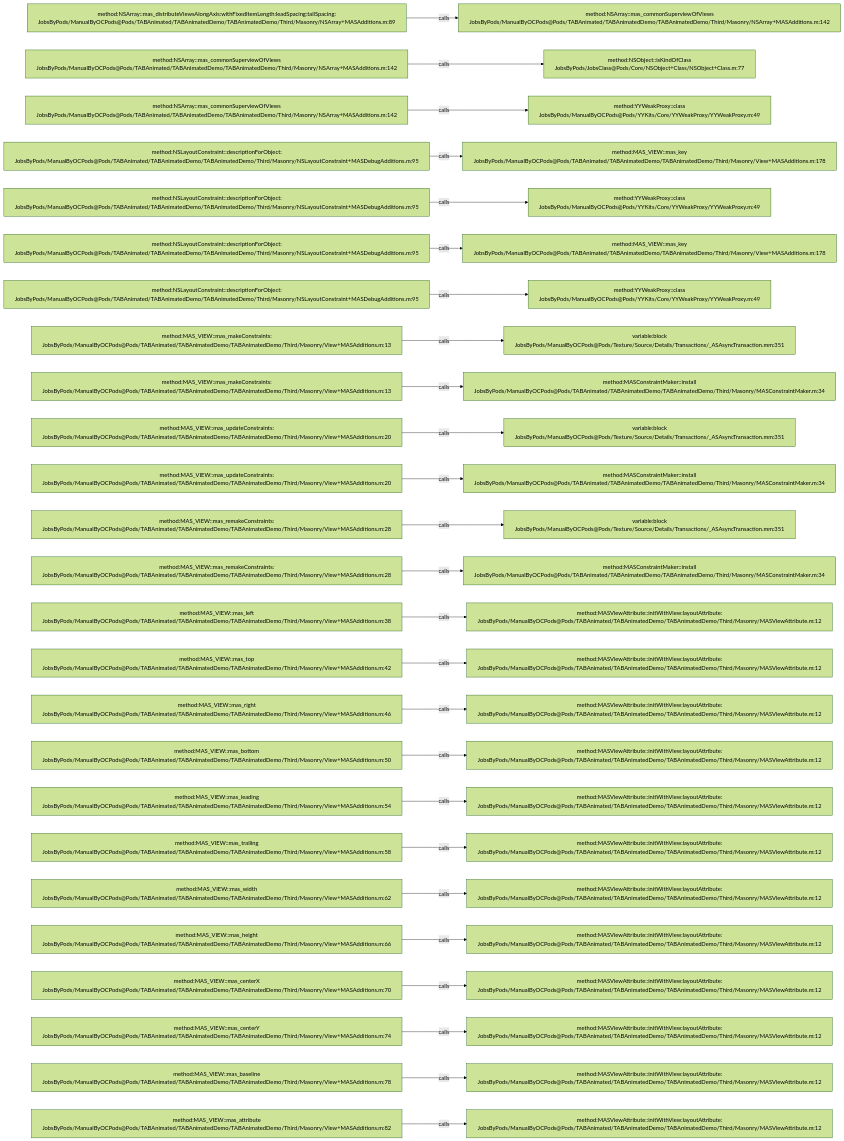
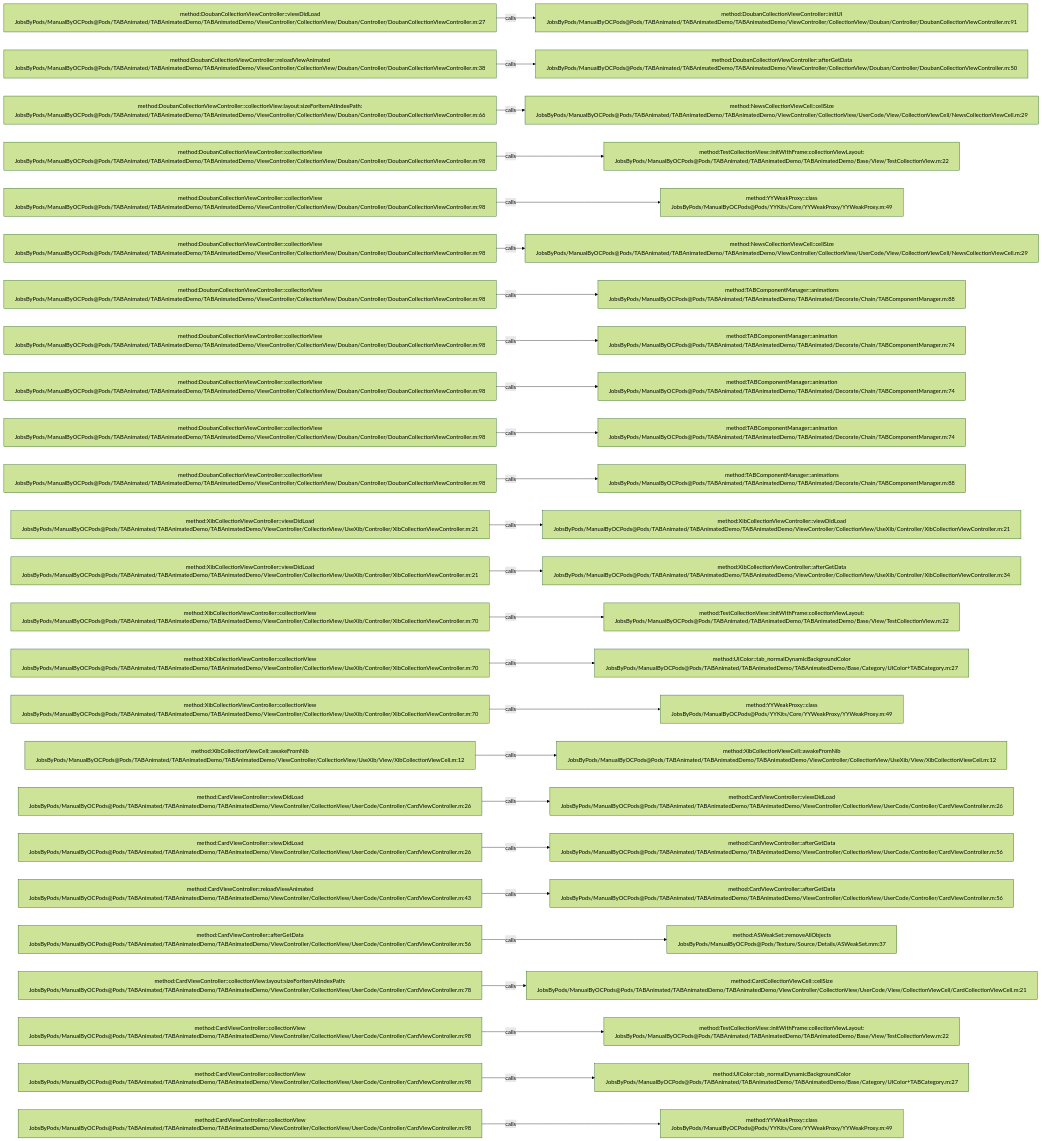
The diagram in .codegraph/codegraph.md/graphs/calls-047.md (JobsKits/JobsOCBaseConfigDemo), drawn with Mermaid (forest theme) before and after one commit. The commit also changed 1353 other files, not shown here.

````diff
--- a/.codegraph/codegraph.md/graphs/calls-047.md
+++ b/.codegraph/codegraph.md/graphs/calls-047.md
@@ -13,78 +13,78 @@
 ```mermaid
 flowchart LR
-  S1["method:NSArray::mas_distributeViewsAlongAxis:withFixedItemLength:leadSpacing:tailSpacing:<br/>JobsByPods/ManualByOCPods@Pods/TABAnimated/TABAnimatedDemo/TABAnimatedDemo/Third/Masonry/NSArray+MASAdditions.m:89"]
-  T1["method:NSArray::mas_commonSuperviewOfViews<br/>JobsByPods/ManualByOCPods@Pods/TABAnimated/TABAnimatedDemo/TABAnimatedDemo/Third/Masonry/NSArray+MASAdditions.m:142"]
+  S1["method:DoubanCollectionViewController::viewDidLoad<br/>JobsByPods/ManualByOCPods@Pods/TABAnimated/TABAnimatedDemo/TABAnimatedDemo/ViewController/CollectionView/Douban/Controller/DoubanCollectionViewController.m:27"]
+  T1["method:DoubanCollectionViewController::initUI<br/>JobsByPods/ManualByOCPods@Pods/TABAnimated/TABAnimatedDemo/TABAnimatedDemo/ViewController/CollectionView/Douban/Controller/DoubanCollectionViewController.m:91"]
   S1 -->|calls| T1
-  S2["method:NSArray::mas_commonSuperviewOfViews<br/>JobsByPods/ManualByOCPods@Pods/TABAnimated/TABAnimatedDemo/TABAnimatedDemo/Third/Masonry/NSArray+MASAdditions.m:142"]
-  T2["method:NSObject::isKindOfClass<br/>JobsByPods/JobsClass@Pods/Core/NSObject+Class/NSObject+Class.m:77"]
+  S2["method:DoubanCollectionViewController::reloadViewAnimated<br/>JobsByPods/ManualByOCPods@Pods/TABAnimated/TABAnimatedDemo/TABAnimatedDemo/ViewController/CollectionView/Douban/Controller/DoubanCollectionViewController.m:38"]
+  T2["method:DoubanCollectionViewController::afterGetData<br/>JobsByPods/ManualByOCPods@Pods/TABAnimated/TABAnimatedDemo/TABAnimatedDemo/ViewController/CollectionView/Douban/Controller/DoubanCollectionViewController.m:50"]
   S2 -->|calls| T2
-  S3["method:NSArray::mas_commonSuperviewOfViews<br/>JobsByPods/ManualByOCPods@Pods/TABAnimated/TABAnimatedDemo/TABAnimatedDemo/Third/Masonry/NSArray+MASAdditions.m:142"]
-  T3["method:YYWeakProxy::class<br/>JobsByPods/ManualByOCPods@Pods/YYKits/Core/YYWeakProxy/YYWeakProxy.m:49"]
+  S3["method:DoubanCollectionViewController::collectionView:layout:sizeForItemAtIndexPath:<br/>JobsByPods/ManualByOCPods@Pods/TABAnimated/TABAnimatedDemo/TABAnimatedDemo/ViewController/CollectionView/Douban/Controller/DoubanCollectionViewController.m:66"]
+  T3["method:NewsCollectionViewCell::cellSize<br/>JobsByPods/ManualByOCPods@Pods/TABAnimated/TABAnimatedDemo/TABAnimatedDemo/ViewController/CollectionView/UserCode/View/CollectionViewCell/NewsCollectionViewCell.m:29"]
   S3 -->|calls| T3
-  S4["method:NSLayoutConstraint::descriptionForObject:<br/>JobsByPods/ManualByOCPods@Pods/TABAnimated/TABAnimatedDemo/TABAnimatedDemo/Third/Masonry/NSLayoutConstraint+MASDebugAdditions.m:95"]
-  T4["method:MAS_VIEW::mas_key<br/>JobsByPods/ManualByOCPods@Pods/TABAnimated/TABAnimatedDemo/TABAnimatedDemo/Third/Masonry/View+MASAdditions.m:178"]
+  S4["method:DoubanCollectionViewController::collectionView<br/>JobsByPods/ManualByOCPods@Pods/TABAnimated/TABAnimatedDemo/TABAnimatedDemo/ViewController/CollectionView/Douban/Controller/DoubanCollectionViewController.m:98"]
+  T4["method:TestCollectionView::initWithFrame:collectionViewLayout:<br/>JobsByPods/ManualByOCPods@Pods/TABAnimated/TABAnimatedDemo/TABAnimatedDemo/Base/View/TestCollectionView.m:22"]
   S4 -->|calls| T4
-  S5["method:NSLayoutConstraint::descriptionForObject:<br/>JobsByPods/ManualByOCPods@Pods/TABAnimated/TABAnimatedDemo/TABAnimatedDemo/Third/Masonry/NSLayoutConstraint+MASDebugAdditions.m:95"]
+  S5["method:DoubanCollectionViewController::collectionView<br/>JobsByPods/ManualByOCPods@Pods/TABAnimated/TABAnimatedDemo/TABAnimatedDemo/ViewController/CollectionView/Douban/Controller/DoubanCollectionViewController.m:98"]
   T5["method:YYWeakProxy::class<br/>JobsByPods/ManualByOCPods@Pods/YYKits/Core/YYWeakProxy/YYWeakProxy.m:49"]
   S5 -->|calls| T5
-  S6["method:NSLayoutConstraint::descriptionForObject:<br/>JobsByPods/ManualByOCPods@Pods/TABAnimated/TABAnimatedDemo/TABAnimatedDemo/Third/Masonry/NSLayoutConstraint+MASDebugAdditions.m:95"]
-  T6["method:MAS_VIEW::mas_key<br/>JobsByPods/ManualByOCPods@Pods/TABAnimated/TABAnimatedDemo/TABAnimatedDemo/Third/Masonry/View+MASAdditions.m:178"]
+  S6["method:DoubanCollectionViewController::collectionView<br/>JobsByPods/ManualByOCPods@Pods/TABAnimated/TABAnimatedDemo/TABAnimatedDemo/ViewController/CollectionView/Douban/Controller/DoubanCollectionViewController.m:98"]
+  T6["method:NewsCollectionViewCell::cellSize<br/>JobsByPods/ManualByOCPods@Pods/TABAnimated/TABAnimatedDemo/TABAnimatedDemo/ViewController/CollectionView/UserCode/View/CollectionViewCell/NewsCollectionViewCell.m:29"]
   S6 -->|calls| T6
-  S7["method:NSLayoutConstraint::descriptionForObject:<br/>JobsByPods/ManualByOCPods@Pods/TABAnimated/TABAnimatedDemo/TABAnimatedDemo/Third/Masonry/NSLayoutConstraint+MASDebugAdditions.m:95"]
-  T7["method:YYWeakProxy::class<br/>JobsByPods/ManualByOCPods@Pods/YYKits/Core/YYWeakProxy/YYWeakProxy.m:49"]
+  S7["method:DoubanCollectionViewController::collectionView<br/>JobsByPods/ManualByOCPods@Pods/TABAnimated/TABAnimatedDemo/TABAnimatedDemo/ViewController/CollectionView/Douban/Controller/DoubanCollectionViewController.m:98"]
+  T7["method:TABComponentManager::animations<br/>JobsByPods/ManualByOCPods@Pods/TABAnimated/TABAnimatedDemo/TABAnimated/Decorate/Chain/TABComponentManager.m:88"]
   S7 -->|calls| T7
-  S8["method:MAS_VIEW::mas_makeConstraints:<br/>JobsByPods/ManualByOCPods@Pods/TABAnimated/TABAnimatedDemo/TABAnimatedDemo/Third/Masonry/View+MASAdditions.m:13"]
-  T8["variable:block<br/>JobsByPods/ManualByOCPods@Pods/Texture/Source/Details/Transactions/_ASAsyncTransaction.mm:351"]
+  S8["method:DoubanCollectionViewController::collectionView<br/>JobsByPods/ManualByOCPods@Pods/TABAnimated/TABAnimatedDemo/TABAnimatedDemo/ViewController/CollectionView/Douban/Controller/DoubanCollectionViewController.m:98"]
+  T8["method:TABComponentManager::animation<br/>JobsByPods/ManualByOCPods@Pods/TABAnimated/TABAnimatedDemo/TABAnimated/Decorate/Chain/TABComponentManager.m:74"]
   S8 -->|calls| T8
-  S9["method:MAS_VIEW::mas_makeConstraints:<br/>JobsByPods/ManualByOCPods@Pods/TABAnimated/TABAnimatedDemo/TABAnimatedDemo/Third/Masonry/View+MASAdditions.m:13"]
-  T9["method:MASConstraintMaker::install<br/>JobsByPods/ManualByOCPods@Pods/TABAnimated/TABAnimatedDemo/TABAnimatedDemo/Third/Masonry/MASConstraintMaker.m:34"]
+  S9["method:DoubanCollectionViewController::collectionView<br/>JobsByPods/ManualByOCPods@Pods/TABAnimated/TABAnimatedDemo/TABAnimatedDemo/ViewController/CollectionView/Douban/Controller/DoubanCollectionViewController.m:98"]
+  T9["method:TABComponentManager::animation<br/>JobsByPods/ManualByOCPods@Pods/TABAnimated/TABAnimatedDemo/TABAnimated/Decorate/Chain/TABComponentManager.m:74"]
   S9 -->|calls| T9
-  S10["method:MAS_VIEW::mas_updateConstraints:<br/>JobsByPods/ManualByOCPods@Pods/TABAnimated/TABAnimatedDemo/TABAnimatedDemo/Third/Masonry/View+MASAdditions.m:20"]
-  T10["variable:block<br/>JobsByPods/ManualByOCPods@Pods/Texture/Source/Details/Transactions/_ASAsyncTransaction.mm:351"]
+  S10["method:DoubanCollectionViewController::collectionView<br/>JobsByPods/ManualByOCPods@Pods/TABAnimated/TABAnimatedDemo/TABAnimatedDemo/ViewController/CollectionView/Douban/Controller/DoubanCollectionViewController.m:98"]
+  T10["method:TABComponentManager::animation<br/>JobsByPods/ManualByOCPods@Pods/TABAnimated/TABAnimatedDemo/TABAnimated/Decorate/Chain/TABComponentManager.m:74"]
   S10 -->|calls| T10
-  S11["method:MAS_VIEW::mas_updateConstraints:<br/>JobsByPods/ManualByOCPods@Pods/TABAnimated/TABAnimatedDemo/TABAnimatedDemo/Third/Masonry/View+MASAdditions.m:20"]
-  T11["method:MASConstraintMaker::install<br/>JobsByPods/ManualByOCPods@Pods/TABAnimated/TABAnimatedDemo/TABAnimatedDemo/Third/Masonry/MASConstraintMaker.m:34"]
+  S11["method:DoubanCollectionViewController::collectionView<br/>JobsByPods/ManualByOCPods@Pods/TABAnimated/TABAnimatedDemo/TABAnimatedDemo/ViewController/CollectionView/Douban/Controller/DoubanCollectionViewController.m:98"]
+  T11["method:TABComponentManager::animations<br/>JobsByPods/ManualByOCPods@Pods/TABAnimated/TABAnimatedDemo/TABAnimated/Decorate/Chain/TABComponentManager.m:88"]
   S11 -->|calls| T11
-  S12["method:MAS_VIEW::mas_remakeConstraints:<br/>JobsByPods/ManualByOCPods@Pods/TABAnimated/TABAnimatedDemo/TABAnimatedDemo/Third/Masonry/View+MASAdditions.m:28"]
-  T12["variable:block<br/>JobsByPods/ManualByOCPods@Pods/Texture/Source/Details/Transactions/_ASAsyncTransaction.mm:351"]
+  S12["method:XibCollectionViewController::viewDidLoad<br/>JobsByPods/ManualByOCPods@Pods/TABAnimated/TABAnimatedDemo/TABAnimatedDemo/ViewController/CollectionView/UseXib/Controller/XibCollectionViewController.m:21"]
+  T12["method:XibCollectionViewController::viewDidLoad<br/>JobsByPods/ManualByOCPods@Pods/TABAnimated/TABAnimatedDemo/TABAnimatedDemo/ViewController/CollectionView/UseXib/Controller/XibCollectionViewController.m:21"]
   S12 -->|calls| T12
-  S13["method:MAS_VIEW::mas_remakeConstraints:<br/>JobsByPods/ManualByOCPods@Pods/TABAnimated/TABAnimatedDemo/TABAnimatedDemo/Third/Masonry/View+MASAdditions.m:28"]
-  T13["method:MASConstraintMaker::install<br/>JobsByPods/ManualByOCPods@Pods/TABAnimated/TABAnimatedDemo/TABAnimatedDemo/Third/Masonry/MASConstraintMaker.m:34"]
+  S13["method:XibCollectionViewController::viewDidLoad<br/>JobsByPods/ManualByOCPods@Pods/TABAnimated/TABAnimatedDemo/TABAnimatedDemo/ViewController/CollectionView/UseXib/Controller/XibCollectionViewController.m:21"]
+  T13["method:XibCollectionViewController::afterGetData<br/>JobsByPods/ManualByOCPods@Pods/TABAnimated/TABAnimatedDemo/TABAnimatedDemo/ViewController/CollectionView/UseXib/Controller/XibCollectionViewController.m:34"]
   S13 -->|calls| T13
-  S14["method:MAS_VIEW::mas_left<br/>JobsByPods/ManualByOCPods@Pods/TABAnimated/TABAnimatedDemo/TABAnimatedDemo/Third/Masonry/View+MASAdditions.m:38"]
-  T14["method:MASViewAttribute::initWithView:layoutAttribute:<br/>JobsByPods/ManualByOCPods@Pods/TABAnimated/TABAnimatedDemo/TABAnimatedDemo/Third/Masonry/MASViewAttribute.m:12"]
+  S14["method:XibCollectionViewController::collectionView<br/>JobsByPods/ManualByOCPods@Pods/TABAnimated/TABAnimatedDemo/TABAnimatedDemo/ViewController/CollectionView/UseXib/Controller/XibCollectionViewController.m:70"]
+  T14["method:TestCollectionView::initWithFrame:collectionViewLayout:<br/>JobsByPods/ManualByOCPods@Pods/TABAnimated/TABAnimatedDemo/TABAnimatedDemo/Base/View/TestCollectionView.m:22"]
   S14 -->|calls| T14
-  S15["method:MAS_VIEW::mas_top<br/>JobsByPods/ManualByOCPods@Pods/TABAnimated/TABAnimatedDemo/TABAnimatedDemo/Third/Masonry/View+MASAdditions.m:42"]
-  T15["method:MASViewAttribute::initWithView:layoutAttribute:<br/>JobsByPods/ManualByOCPods@Pods/TABAnimated/TABAnimatedDemo/TABAnimatedDemo/Third/Masonry/MASViewAttribute.m:12"]
+  S15["method:XibCollectionViewController::collectionView<br/>JobsByPods/ManualByOCPods@Pods/TABAnimated/TABAnimatedDemo/TABAnimatedDemo/ViewController/CollectionView/UseXib/Controller/XibCollectionViewController.m:70"]
+  T15["method:UIColor::tab_normalDynamicBackgroundColor<br/>JobsByPods/ManualByOCPods@Pods/TABAnimated/TABAnimatedDemo/TABAnimatedDemo/Base/Category/UIColor+TABCategory.m:27"]
   S15 -->|calls| T15
-  S16["method:MAS_VIEW::mas_right<br/>JobsByPods/ManualByOCPods@Pods/TABAnimated/TABAnimatedDemo/TABAnimatedDemo/Third/Masonry/View+MASAdditions.m:46"]
-  T16["method:MASViewAttribute::initWithView:layoutAttribute:<br/>JobsByPods/ManualByOCPods@Pods/TABAnimated/TABAnimatedDemo/TABAnimatedDemo/Third/Masonry/MASViewAttribute.m:12"]
+  S16["method:XibCollectionViewController::collectionView<br/>JobsByPods/ManualByOCPods@Pods/TABAnimated/TABAnimatedDemo/TABAnimatedDemo/ViewController/CollectionView/UseXib/Controller/XibCollectionViewController.m:70"]
+  T16["method:YYWeakProxy::class<br/>JobsByPods/ManualByOCPods@Pods/YYKits/Core/YYWeakProxy/YYWeakProxy.m:49"]
   S16 -->|calls| T16
-  S17["method:MAS_VIEW::mas_bottom<br/>JobsByPods/ManualByOCPods@Pods/TABAnimated/TABAnimatedDemo/TABAnimatedDemo/Third/Masonry/View+MASAdditions.m:50"]
-  T17["method:MASViewAttribute::initWithView:layoutAttribute:<br/>JobsByPods/ManualByOCPods@Pods/TABAnimated/TABAnimatedDemo/TABAnimatedDemo/Third/Masonry/MASViewAttribute.m:12"]
+  S17["method:XibCollectionViewCell::awakeFromNib<br/>JobsByPods/ManualByOCPods@Pods/TABAnimated/TABAnimatedDemo/TABAnimatedDemo/ViewController/CollectionView/UseXib/View/XibCollectionViewCell.m:12"]
+  T17["method:XibCollectionViewCell::awakeFromNib<br/>JobsByPods/ManualByOCPods@Pods/TABAnimated/TABAnimatedDemo/TABAnimatedDemo/ViewController/CollectionView/UseXib/View/XibCollectionViewCell.m:12"]
   S17 -->|calls| T17
-  S18["method:MAS_VIEW::mas_leading<br/>JobsByPods/ManualByOCPods@Pods/TABAnimated/TABAnimatedDemo/TABAnimatedDemo/Third/Masonry/View+MASAdditions.m:54"]
-  T18["method:MASViewAttribute::initWithView:layoutAttribute:<br/>JobsByPods/ManualByOCPods@Pods/TABAnimated/TABAnimatedDemo/TABAnimatedDemo/Third/Masonry/MASViewAttribute.m:12"]
+  S18["method:CardViewController::viewDidLoad<br/>JobsByPods/ManualByOCPods@Pods/TABAnimated/TABAnimatedDemo/TABAnimatedDemo/ViewController/CollectionView/UserCode/Controller/CardViewController.m:26"]
+  T18["method:CardViewController::viewDidLoad<br/>JobsByPods/ManualByOCPods@Pods/TABAnimated/TABAnimatedDemo/TABAnimatedDemo/ViewController/CollectionView/UserCode/Controller/CardViewController.m:26"]
   S18 -->|calls| T18
-  S19["method:MAS_VIEW::mas_trailing<br/>JobsByPods/ManualByOCPods@Pods/TABAnimated/TABAnimatedDemo/TABAnimatedDemo/Third/Masonry/View+MASAdditions.m:58"]
-  T19["method:MASViewAttribute::initWithView:layoutAttribute:<br/>JobsByPods/ManualByOCPods@Pods/TABAnimated/TABAnimatedDemo/TABAnimatedDemo/Third/Masonry/MASViewAttribute.m:12"]
+  S19["method:CardViewController::viewDidLoad<br/>JobsByPods/ManualByOCPods@Pods/TABAnimated/TABAnimatedDemo/TABAnimatedDemo/ViewController/CollectionView/UserCode/Controller/CardViewController.m:26"]
+  T19["method:CardViewController::afterGetData<br/>JobsByPods/ManualByOCPods@Pods/TABAnimated/TABAnimatedDemo/TABAnimatedDemo/ViewController/CollectionView/UserCode/Controller/CardViewController.m:56"]
   S19 -->|calls| T19
-  S20["method:MAS_VIEW::mas_width<br/>JobsByPods/ManualByOCPods@Pods/TABAnimated/TABAnimatedDemo/TABAnimatedDemo/Third/Masonry/View+MASAdditions.m:62"]
-  T20["method:MASViewAttribute::initWithView:layoutAttribute:<br/>JobsByPods/ManualByOCPods@Pods/TABAnimated/TABAnimatedDemo/TABAnimatedDemo/Third/Masonry/MASViewAttribute.m:12"]
+  S20["method:CardViewController::reloadViewAnimated<br/>JobsByPods/ManualByOCPods@Pods/TABAnimated/TABAnimatedDemo/TABAnimatedDemo/ViewController/CollectionView/UserCode/Controller/CardViewController.m:43"]
+  T20["method:CardViewController::afterGetData<br/>JobsByPods/ManualByOCPods@Pods/TABAnimated/TABAnimatedDemo/TABAnimatedDemo/ViewController/CollectionView/UserCode/Controller/CardViewController.m:56"]
   S20 -->|calls| T20
-  S21["method:MAS_VIEW::mas_height<br/>JobsByPods/ManualByOCPods@Pods/TABAnimated/TABAnimatedDemo/TABAnimatedDemo/Third/Masonry/View+MASAdditions.m:66"]
-  T21["method:MASViewAttribute::initWithView:layoutAttribute:<br/>JobsByPods/ManualByOCPods@Pods/TABAnimated/TABAnimatedDemo/TABAnimatedDemo/Third/Masonry/MASViewAttribute.m:12"]
+  S21["method:CardViewController::afterGetData<br/>JobsByPods/ManualByOCPods@Pods/TABAnimated/TABAnimatedDemo/TABAnimatedDemo/ViewController/CollectionView/UserCode/Controller/CardViewController.m:56"]
+  T21["method:ASWeakSet::removeAllObjects<br/>JobsByPods/ManualByOCPods@Pods/Texture/Source/Details/ASWeakSet.mm:37"]
   S21 -->|calls| T21
-  S22["method:MAS_VIEW::mas_centerX<br/>JobsByPods/ManualByOCPods@Pods/TABAnimated/TABAnimatedDemo/TABAnimatedDemo/Third/Masonry/View+MASAdditions.m:70"]
-  T22["method:MASViewAttribute::initWithView:layoutAttribute:<br/>JobsByPods/ManualByOCPods@Pods/TABAnimated/TABAnimatedDemo/TABAnimatedDemo/Third/Masonry/MASViewAttribute.m:12"]
+  S22["method:CardViewController::collectionView:layout:sizeForItemAtIndexPath:<br/>JobsByPods/ManualByOCPods@Pods/TABAnimated/TABAnimatedDemo/TABAnimatedDemo/ViewController/CollectionView/UserCode/Controller/CardViewController.m:78"]
+  T22["method:CardCollectionViewCell::cellSize<br/>JobsByPods/ManualByOCPods@Pods/TABAnimated/TABAnimatedDemo/TABAnimatedDemo/ViewController/CollectionView/UserCode/View/CollectionViewCell/CardCollectionViewCell.m:21"]
   S22 -->|calls| T22
-  S23["method:MAS_VIEW::mas_centerY<br/>JobsByPods/ManualByOCPods@Pods/TABAnimated/TABAnimatedDemo/TABAnimatedDemo/Third/Masonry/View+MASAdditions.m:74"]
-  T23["method:MASViewAttribute::initWithView:layoutAttribute:<br/>JobsByPods/ManualByOCPods@Pods/TABAnimated/TABAnimatedDemo/TABAnimatedDemo/Third/Masonry/MASViewAttribute.m:12"]
+  S23["method:CardViewController::collectionView<br/>JobsByPods/ManualByOCPods@Pods/TABAnimated/TABAnimatedDemo/TABAnimatedDemo/ViewController/CollectionView/UserCode/Controller/CardViewController.m:98"]
+  T23["method:TestCollectionView::initWithFrame:collectionViewLayout:<br/>JobsByPods/ManualByOCPods@Pods/TABAnimated/TABAnimatedDemo/TABAnimatedDemo/Base/View/TestCollectionView.m:22"]
   S23 -->|calls| T23
-  S24["method:MAS_VIEW::mas_baseline<br/>JobsByPods/ManualByOCPods@Pods/TABAnimated/TABAnimatedDemo/TABAnimatedDemo/Third/Masonry/View+MASAdditions.m:78"]
-  T24["method:MASViewAttribute::initWithView:layoutAttribute:<br/>JobsByPods/ManualByOCPods@Pods/TABAnimated/TABAnimatedDemo/TABAnimatedDemo/Third/Masonry/MASViewAttribute.m:12"]
+  S24["method:CardViewController::collectionView<br/>JobsByPods/ManualByOCPods@Pods/TABAnimated/TABAnimatedDemo/TABAnimatedDemo/ViewController/CollectionView/UserCode/Controller/CardViewController.m:98"]
+  T24["method:UIColor::tab_normalDynamicBackgroundColor<br/>JobsByPods/ManualByOCPods@Pods/TABAnimated/TABAnimatedDemo/TABAnimatedDemo/Base/Category/UIColor+TABCategory.m:27"]
   S24 -->|calls| T24
-  S25["method:MAS_VIEW::mas_attribute<br/>JobsByPods/ManualByOCPods@Pods/TABAnimated/TABAnimatedDemo/TABAnimatedDemo/Third/Masonry/View+MASAdditions.m:82"]
-  T25["method:MASViewAttribute::initWithView:layoutAttribute:<br/>JobsByPods/ManualByOCPods@Pods/TABAnimated/TABAnimatedDemo/TABAnimatedDemo/Third/Masonry/MASViewAttribute.m:12"]
+  S25["method:CardViewController::collectionView<br/>JobsByPods/ManualByOCPods@Pods/TABAnimated/TABAnimatedDemo/TABAnimatedDemo/ViewController/CollectionView/UserCode/Controller/CardViewController.m:98"]
+  T25["method:YYWeakProxy::class<br/>JobsByPods/ManualByOCPods@Pods/YYKits/Core/YYWeakProxy/YYWeakProxy.m:49"]
   S25 -->|calls| T25
 ```
````
